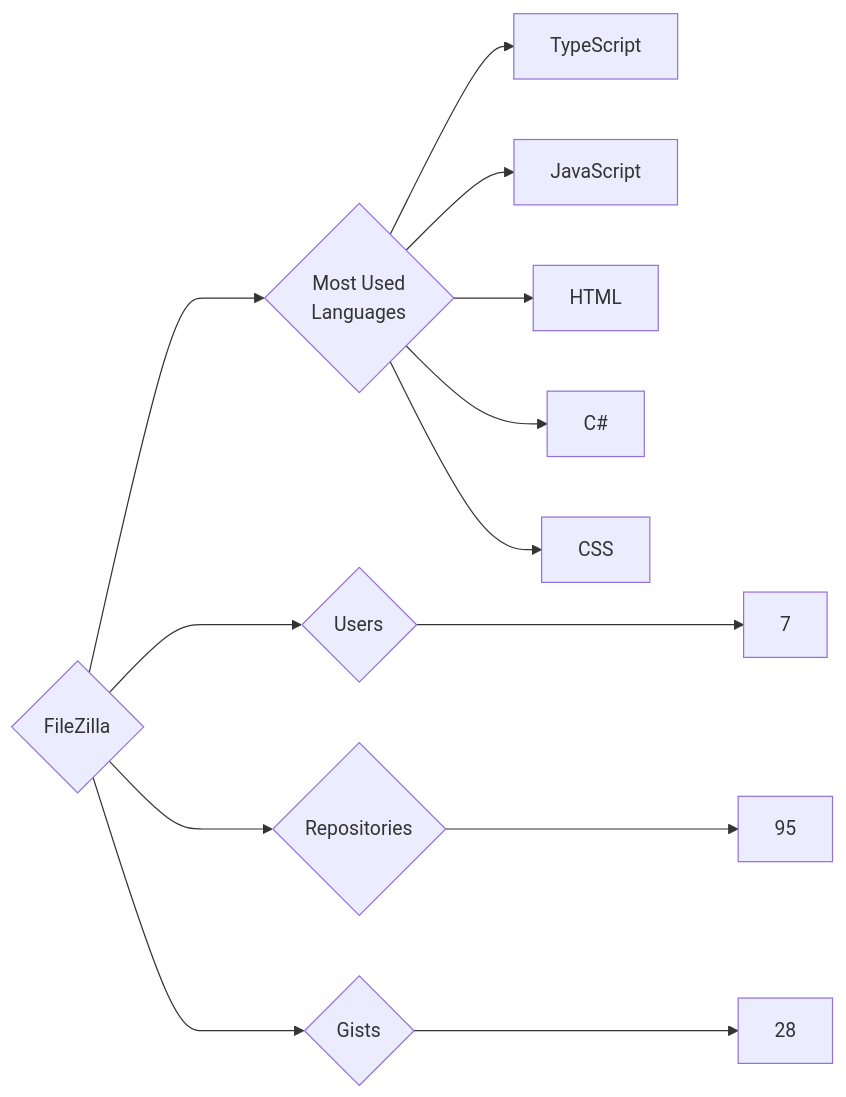
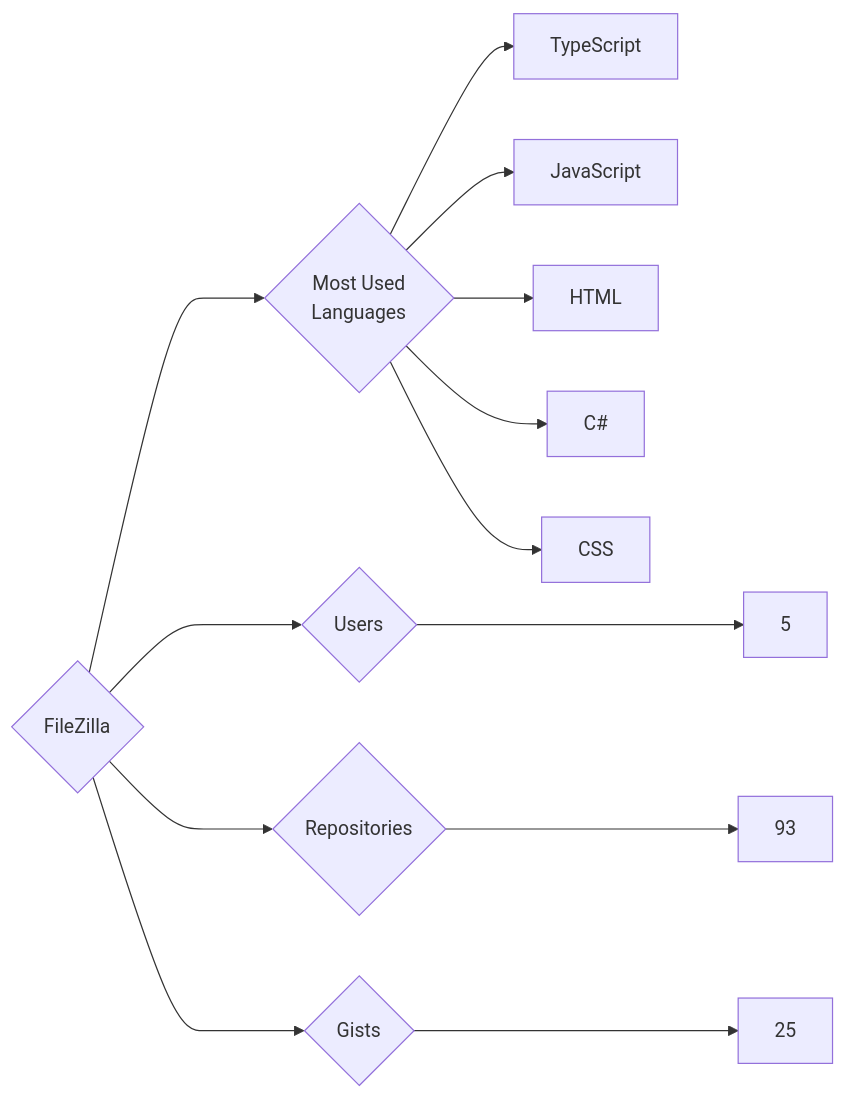
One commit to trickest/insiders changed the diagram in targets/FileZilla/README.md. Above: the diagram before and after it, drawn with Mermaid. The commit also changed 1084 other files, not shown here.

````diff
--- a/targets/FileZilla/README.md
+++ b/targets/FileZilla/README.md
@@ -3,13 +3,13 @@
 ```mermaid
 graph LR
 COMPANY_NAME{FileZilla}
-COMPANY_NAME ---> U{Users} ---> UN[7]
-COMPANY_NAME ---> R{Repositories} ---> RN[95]
-COMPANY_NAME ---> G{Gists} ---> GN[28]
+COMPANY_NAME ---> U{Users} ---> UN[5]
+COMPANY_NAME ---> R{Repositories} ---> RN[93]
+COMPANY_NAME ---> G{Gists} ---> GN[25]
 COMPANY_NAME ---> ML{Most Used<br>Languages}
 ML --> TypeScript[TypeScript]
 ML --> JavaScript[JavaScript]
 ML --> HTML[HTML]
 ML --> C#[C#]
 ML --> CSS[CSS]
 ```
````
